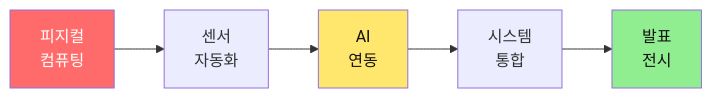
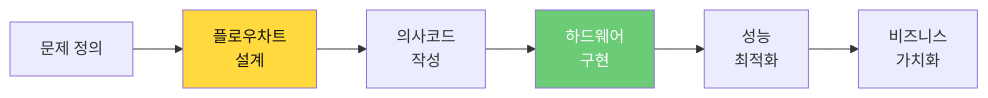
Before and after one commit to Collegenie-X/Smart_Factory_Arms_Project: the first of 3 diagrams in README.md, drawn with Mermaid. The commit also changed other lines of this file and 17 other files, not shown here.

````diff
--- a/README.md
+++ b/README.md
@@ -11,11 +21,11 @@
 ```mermaid
 graph LR
-    A[피지컬<br/>컴퓨팅] --> B[센서<br/>자동화]
-    B --> C[AI<br/>연동]
-    C --> D[시스템<br/>통합]
-    D --> E[발표<br/>전시]
+    A[문제 정의] --> B[플로우차트<br/>설계]
+    B --> C[의사코드<br/>작성]
+    C --> D[하드웨어<br/>구현]
+    D --> E[성능<br/>최적화]
+    E --> F[비즈니스<br/>가치화]
     
-    style A fill:#FF6B6B,color:#fff
-    style C fill:#FFE66D,color:#111
-    style E fill:#90EE90,color:#111
+    style B fill:#FFD93D,color:#111
+    style D fill:#6BCB77,color:#fff
 ```
````
